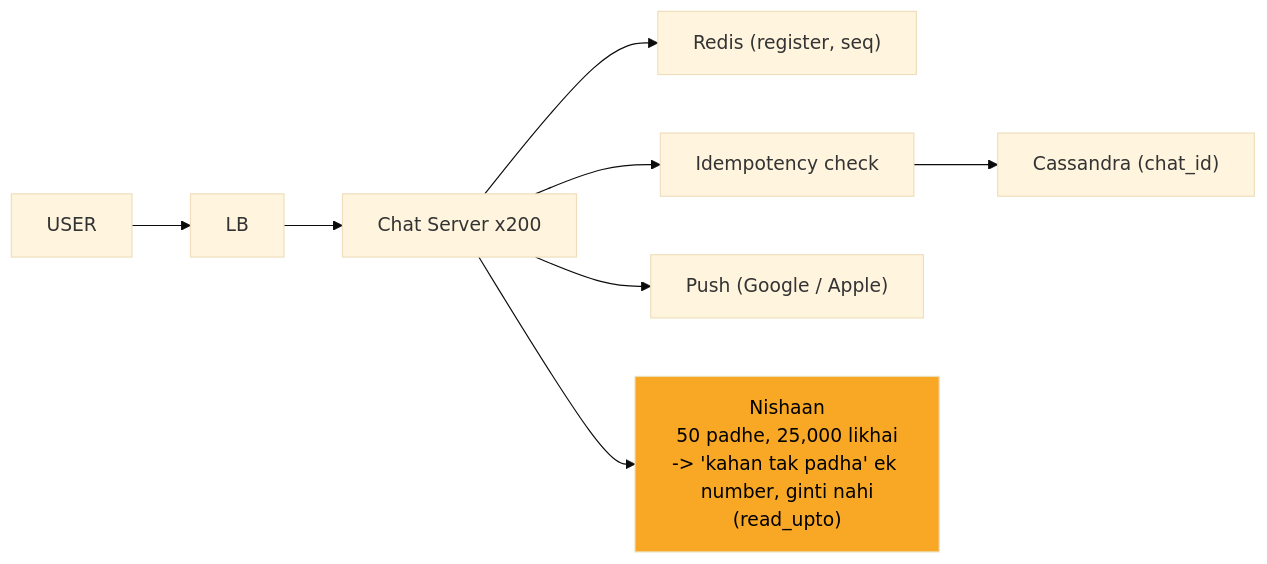
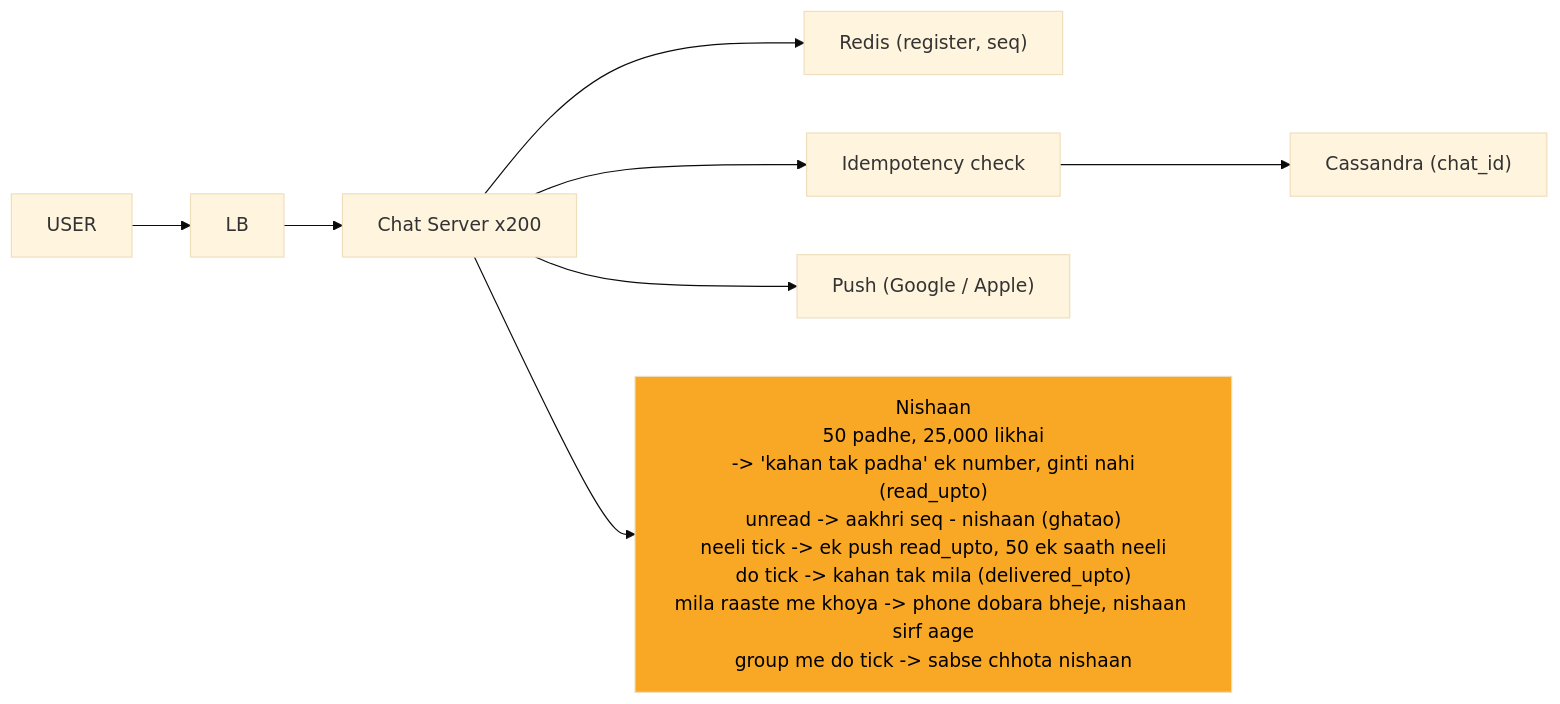
One commit to ArpanMaheshwari144/Prep changed the ninth of 12 diagrams in 04_HLD/SYSTEM_DESIGNS/14_chat_messaging/14_chat_messaging.md. Above: the diagram before and after it, drawn with Mermaid (base theme). The commit also changed other lines of this file and 12 other files, not shown here.

Commit message:
hld 02-14: peele dabbe me SAFAR ke mod + diagram chauda (wrappingWidth 450)

````diff
--- a/04_HLD/SYSTEM_DESIGNS/14_chat_messaging/14_chat_messaging.md
+++ b/04_HLD/SYSTEM_DESIGNS/14_chat_messaging/14_chat_messaging.md
@@ -379,19 +387,20 @@
 ```mermaid
+%%{init: {"flowchart": {"wrappingWidth": 450}}}%%
 flowchart LR
     n_U["USER"]
     n_LB["LB"]
     n_CS["Chat Server x200"]
     n_R["Redis (register, seq)"]
     n_I["Idempotency check"]
     n_CA["Cassandra (chat_id)"]
     n_P["Push (Google / Apple)"]
-    n_NS["Nishaan<br/>50 padhe, 25,000 likhai<br/>-> 'kahan tak padha' ek number, ginti nahi<br/>(read_upto)"]
+    n_NS["Nishaan<br/>50 padhe, 25,000 likhai<br/>-> 'kahan tak padha' ek number, ginti nahi<br/>(read_upto)<br/>unread -> aakhri seq - nishaan (ghatao)<br/>neeli tick -> ek push read_upto, 50 ek saath neeli<br/>do tick -> kahan tak mila (delivered_upto)<br/>mila raaste me khoya -> phone dobara bheje, nishaan sirf aage<br/>group me do tick -> sabse chhota nishaan"]
     n_U --> n_LB
     n_LB --> n_CS
     n_CS --> n_R
     n_CS --> n_I
     n_I --> n_CA
     n_CS --> n_P
     n_CS --> n_NS
     style n_NS fill:#f9a825,color:#000
 ```
````
